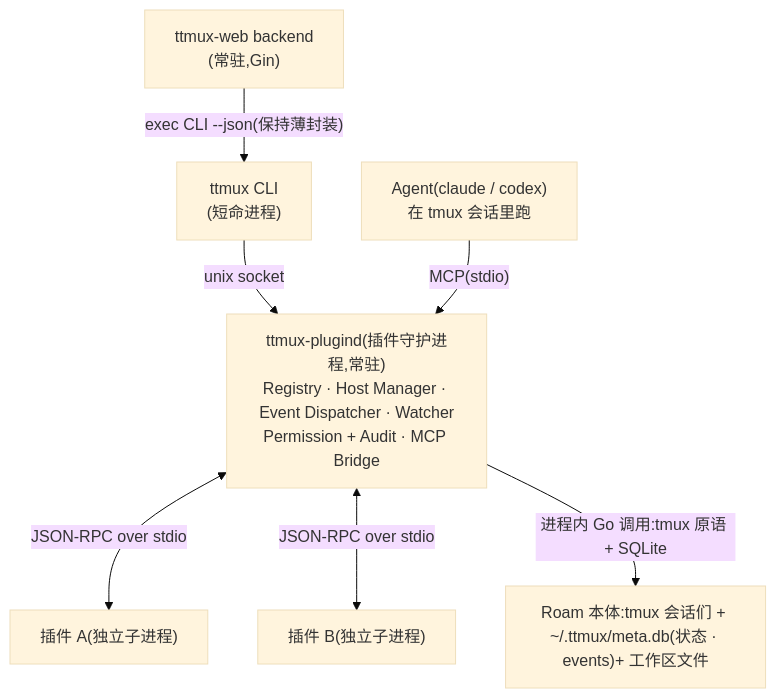
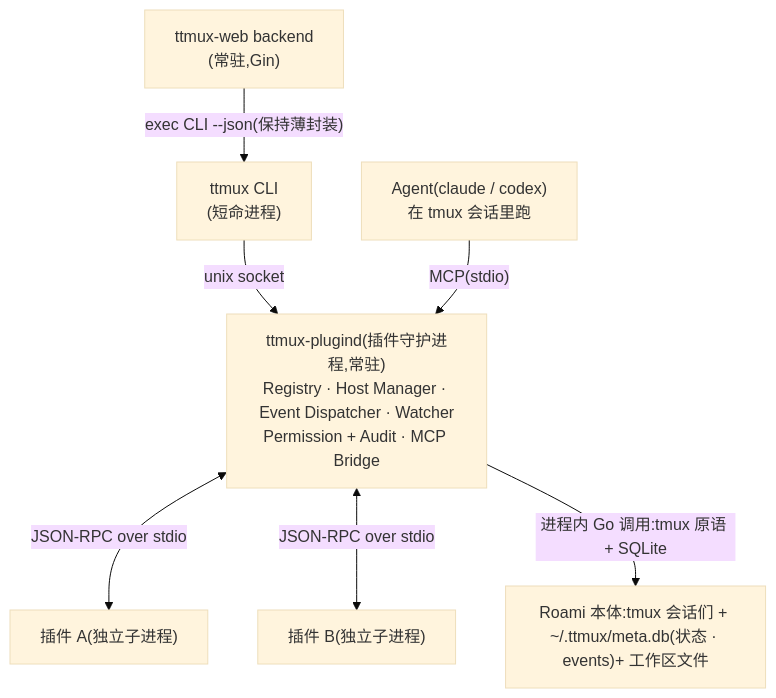
Before and after one commit to ybz21/Roam: the diagram in docs/design/plugin/README.md, drawn with Mermaid (base theme). The commit also changed other lines of this file and 95 other files, not shown here.

First line of the commit message:
refactor(brand)!: Roam → Roami（含 ~/.roam 迁移、roam 软链、环境变量双向兼容）(#260)

````diff
--- a/docs/design/plugin/README.md
+++ b/docs/design/plugin/README.md
@@ -36,19 +36,19 @@
 ```mermaid
 flowchart TB
     cli["ttmux CLI<br/>(短命进程)"]
     web["ttmux-web backend<br/>(常驻,Gin)"]
     agent["Agent(claude / codex)<br/>在 tmux 会话里跑"]
 
     d["ttmux-plugind(插件守护进程,常驻)<br/>Registry · Host Manager · Event Dispatcher · Watcher<br/>Permission + Audit · MCP Bridge"]
 
     pa["插件 A(独立子进程)"]
     pb["插件 B(独立子进程)"]
-    roam["Roam 本体:tmux 会话们 + ~/.ttmux/meta.db(状态 · events)+ 工作区文件"]
+    roami["Roami 本体:tmux 会话们 + ~/.ttmux/meta.db(状态 · events)+ 工作区文件"]
 
     cli -- "unix socket" --> d
     web -- "exec CLI --json(保持薄封装)" --> cli
     agent -- "MCP(stdio)" --> d
     d <-- "JSON-RPC over stdio" --> pa
     d <-- "JSON-RPC over stdio" --> pb
-    d -- "进程内 Go 调用:tmux 原语 + SQLite" --> roam
+    d -- "进程内 Go 调用:tmux 原语 + SQLite" --> roami
 ```
````
